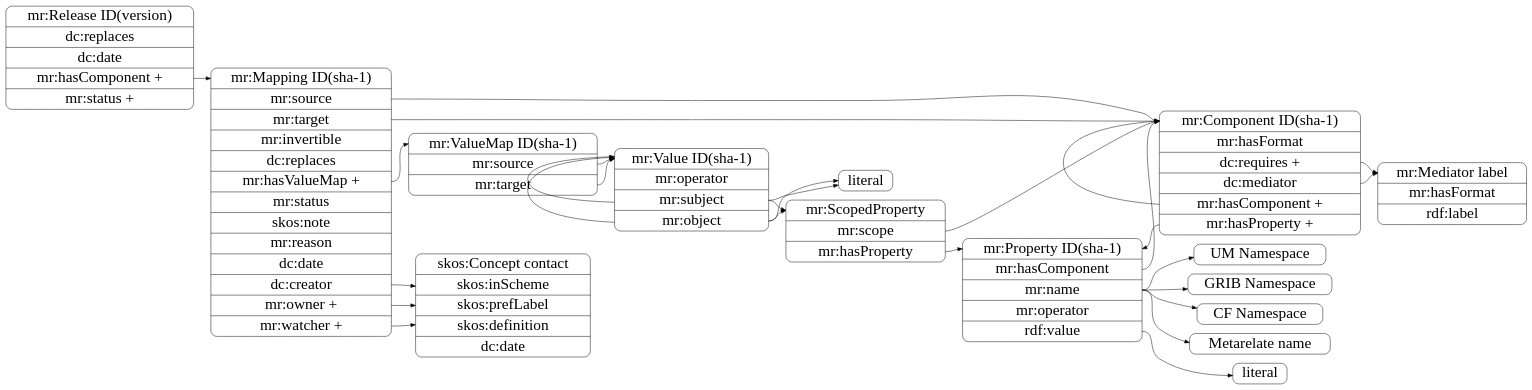
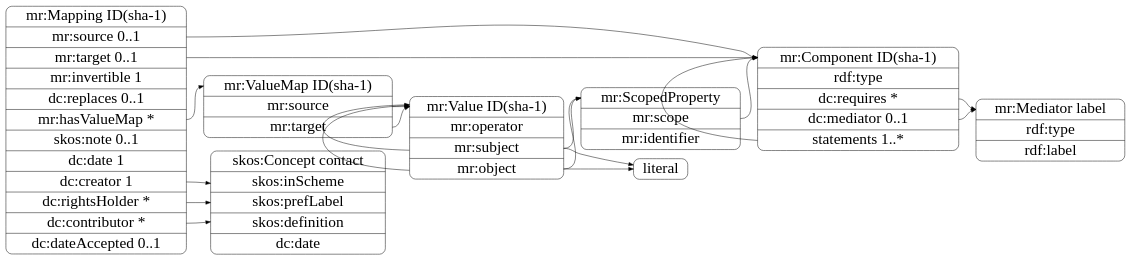
Before and after one commit to metarelate/metarelate: the diagram in docs/source/developer/design/records.dot, drawn with Graphviz. The commit also changed 6 other files, not shown here.

```diff
--- a/docs/source/developer/design/records.dot
+++ b/docs/source/developer/design/records.dot
@@ -1,123 +1,85 @@
 digraph records {
 
 ## basic setup 
 
    	rankdir = LR;
         node [
         fontsize = 32,
         shape = Mrecord
         ];
 
         edge [
         fontsize = 24
         ];
 
 ## class definitions
 
-   	property [
-	label = "<title> mr:Property ID(sha-1) |<comp> mr:hasComponent |<name> mr:name |<op> mr:operator|<pval> rdf:value"
-	];
 
-   	formatconcept [
-	label = "<title> mr:Component ID(sha-1) |<format> mr:hasFormat |<req> dc:requires +|<med> dc:mediator|<component> mr:hasComponent +|<prop> mr:hasProperty +"
+   	component [
+	label = "<title> mr:Component ID(sha-1) |<type> rdf:type |<req> dc:requires *|<med> dc:mediator 0..1|<props> statements 1..*"
 	];
 
         mediator [
-	label = "<title> mr:Mediator label |<format> mr:hasFormat|<label> rdf:label  "
+	label = "<title> mr:Mediator label |<type> rdf:type|<label> rdf:label  "
 	];
 
 	valuemap [
 	label = "<title> mr:ValueMap ID(sha-1) |<source> mr:source |<target> mr:target" 
 	];
 
 	getattr [
-	label = "<title> mr:ScopedProperty | <scope> mr:scope |<val> mr:hasProperty"
+	label = "<title> mr:ScopedProperty | <scope> mr:scope |<val> mr:identifier"
 	];
 
 	literal [
-	label = "<title> literal"
-	];
-
-	literal2 [
 	label = "<title> literal"
 	];
 
 	value [
 	label = "<title> mr:Value ID(sha-1) |<o> mr:operator |<sub> mr:subject |<ob> mr:object"
 	];
 
 	mapping [
-	label = "<title> mr:Mapping ID(sha-1) |<source> mr:source |<target> mr:target |mr:invertible | dc:replaces  |<valmap> mr:hasValueMap +|mr:status |skos:note |mr:reason |dc:date |<c> dc:creator |<o> mr:owner + |<w> mr:watcher +"
+	label = "<title> mr:Mapping ID(sha-1) |<source> mr:source 0..1|<target> mr:target 0..1|mr:invertible 1| dc:replaces 0..1 |<valmap> mr:hasValueMap *|skos:note 0..1|dc:date 1|<c> dc:creator 1|<o> dc:rightsHolder *|<w> dc:contributor *|<dataAcc> dc:dateAccepted 0..1"
 	];
 
-
-	release [
-	label = "<title> mr:Release ID(version)|dc:replaces|dc:date|<con>mr:hasComponent + |mr:status +"
-	];
 
 	contact [
 	label = "<title> skos:Concept contact | skos:inScheme| skos:prefLabel |skos:definition |dc:date"
 	];
 
-	um [
-	label = "UM Namespace"
-	];
-
-	grib [
-	label = "GRIB Namespace"
-	];
-
-	cf [
-	label = "CF Namespace"
-	];
-
-	mrnamed [
-	label = "Metarelate name"
-	];
 
 ## relations
 
 
-	release:con -> mapping:title
-	
-	mapping:source -> formatconcept:title
+	mapping:source -> component:title
 
-	mapping:target -> formatconcept:title
+	mapping:target -> component:title
 
-	formatconcept:component -> formatconcept:title
+	component:props -> component:title
 
-	formatconcept:prop -> property:title
-
-	formatconcept:med -> mediator:title
-	formatconcept:req -> mediator:title
+	component:med -> mediator:title
+	component:req -> mediator:title
 
 	mapping:valmap -> valuemap:title
 
 	valuemap:source -> value:title
 	valuemap:target -> value:title
 
-	getattr:val -> property:title
-	getattr:scope -> formatconcept:title
-
-        property:comp -> formatconcept:title
-        property:pval -> literal2:title
-	property:name -> um
-	property:name -> grib
-	property:name -> cf
-	property:name -> mrnamed
+	getattr:scope -> component:title
 
 	mapping:c -> contact
 	mapping:o -> contact
 	mapping:w -> contact
 
 	value:sub -> value:title
 	value:ob -> value:title
 
 	value:sub -> getattr:title
 	value:ob -> getattr:title
 
 	value:sub -> literal:title
 	value:ob -> literal:title
 
 
 }
```
